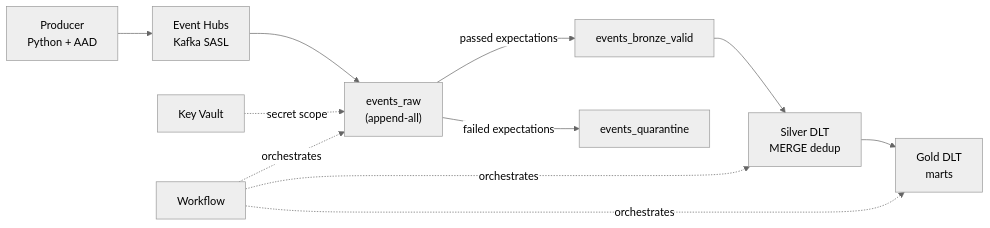
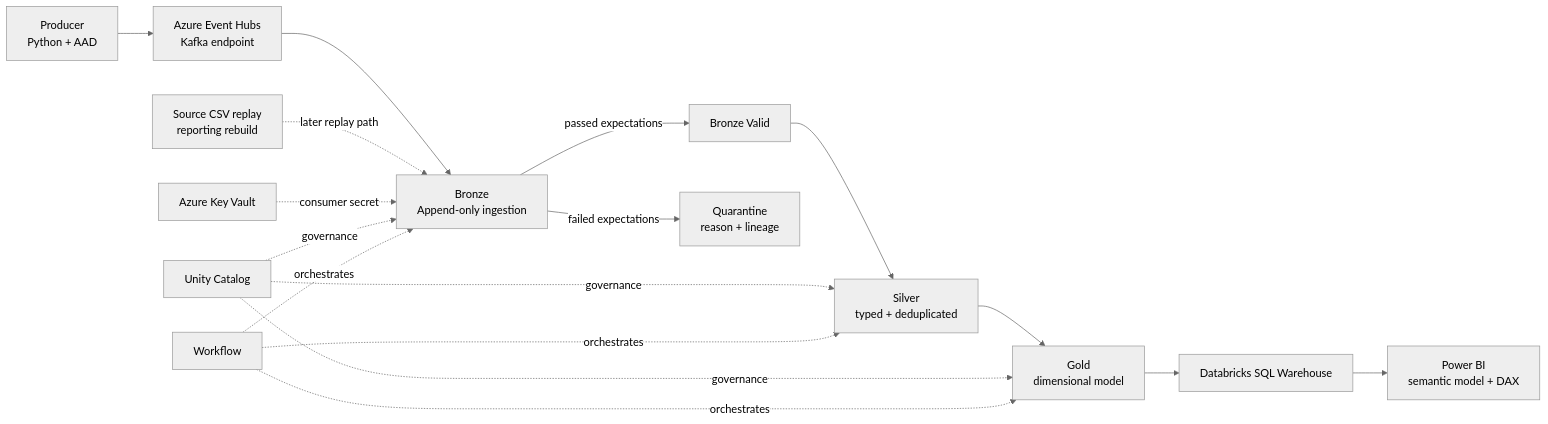
Before and after one commit to Faz1990/Airline-Lakehouse-Platform: the diagram in README.md, drawn with Mermaid (neutral theme). The commit also changed other lines of this file, not shown here.

````diff
--- a/README.md
+++ b/README.md
@@ -23,14 +35,24 @@
 ```mermaid
 flowchart LR
-    P["Producer<br/>Python + AAD"] --> EH["Event Hubs<br/>Kafka SASL"]
-    EH --> Raw["events_raw<br/>(append-all)"]
-    Raw -->|passed expectations| Br["events_bronze_valid"]
-    Raw -->|failed expectations| Q["events_quarantine"]
-    Br --> S["Silver DLT<br/>MERGE dedup"]
-    S --> G["Gold DLT<br/>marts"]
+    P["Producer<br/>Python + AAD"] --> EH["Azure Event Hubs<br/>Kafka endpoint"]
 
-    KV["Key Vault"] -.secret scope.-> Raw
-    W["Workflow"] -.orchestrates.-> Raw
-    W -.orchestrates.-> S
-    W -.orchestrates.-> G
+    EH --> BR["Bronze<br/>Append-only ingestion"]
+    BR -->|passed expectations| BV["Bronze Valid"]
+    BR -->|failed expectations| Q["Quarantine<br/>reason + lineage"]
+
+    BV --> S["Silver<br/>typed + deduplicated"]
+    S --> G["Gold<br/>dimensional model"]
+
+    G --> SQLW["Databricks SQL Warehouse"]
+    SQLW --> PBI["Power BI<br/>semantic model + DAX"]
+
+    CSV["Source CSV replay<br/>reporting rebuild"] -. later replay path .-> BR
+
+    KV["Azure Key Vault"] -. consumer secret .-> BR
+    UC["Unity Catalog"] -. governance .-> BR
+    UC -. governance .-> S
+    UC -. governance .-> G
+    W["Workflow"] -. orchestrates .-> BR
+    W -. orchestrates .-> S
+    W -. orchestrates .-> G
 ```
````
